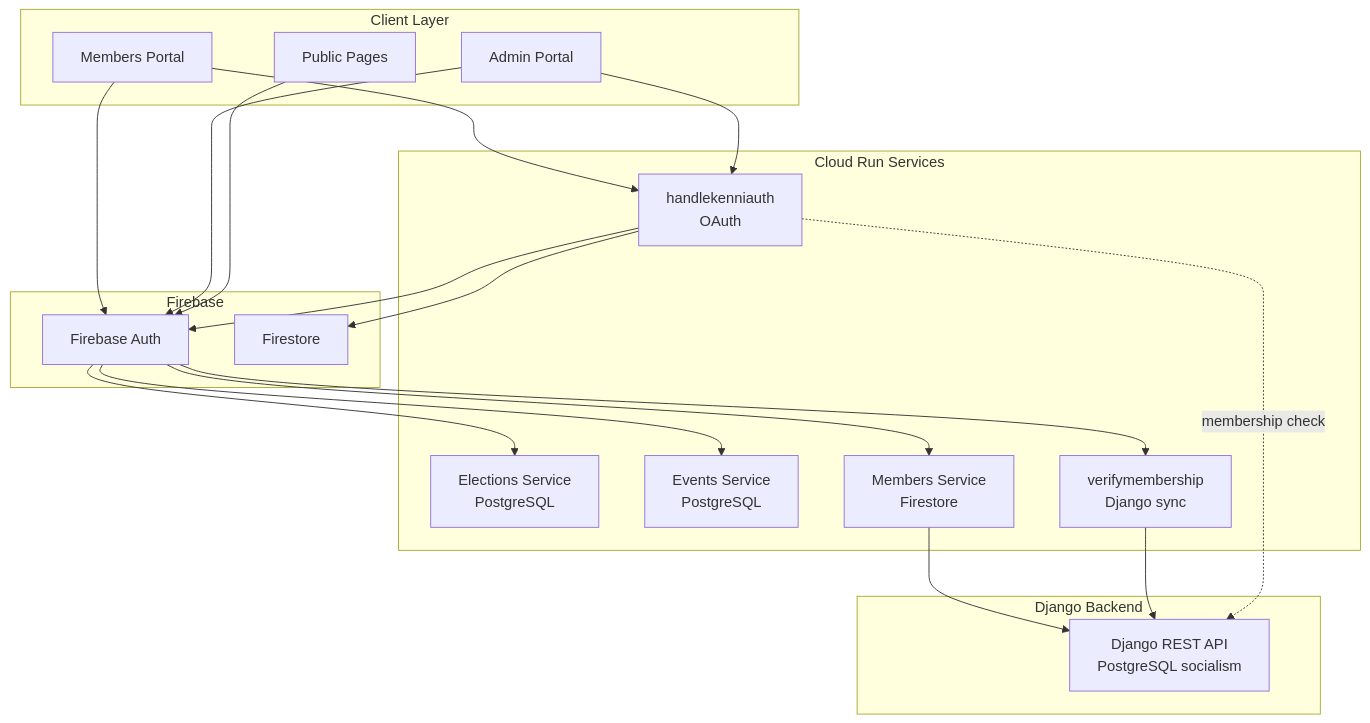
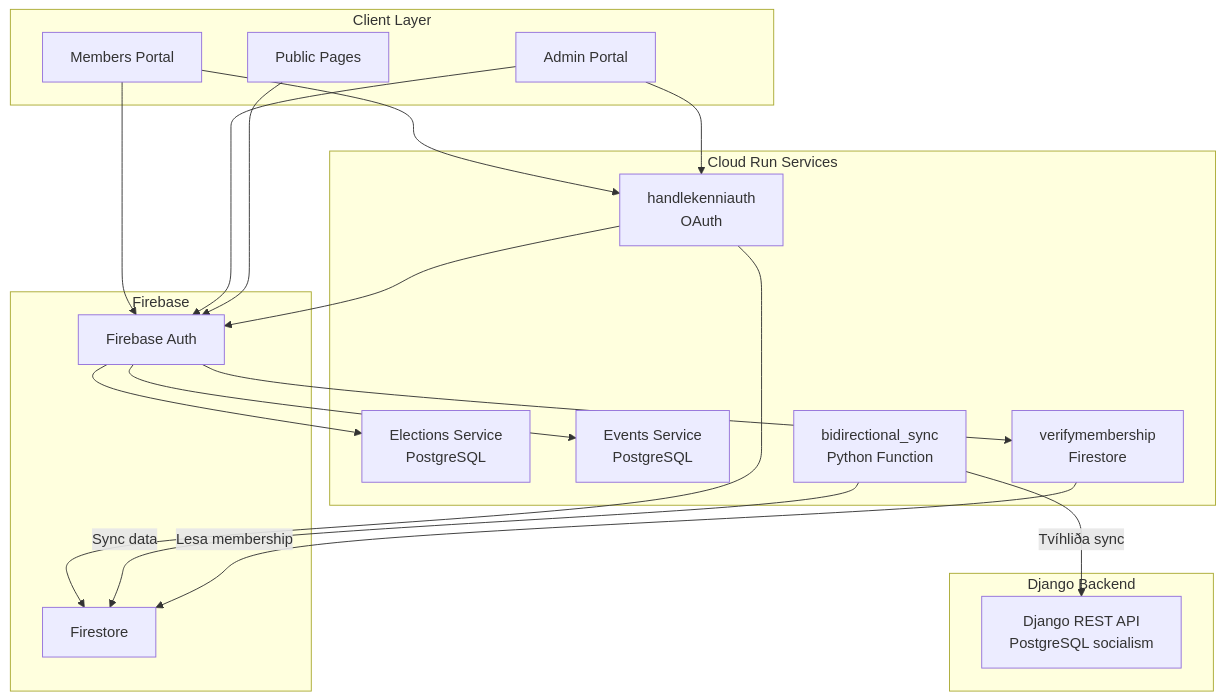
Before and after one commit to sosialistaflokkurinn/ekklesia: the first of 3 diagrams in docs/infrastructure/CLOUD_RUN_SERVICES.md, drawn with Mermaid. The commit also changed other lines of this file, not shown here.

First line of the commit message:
fix(docs): Correct Django API connection architecture - only bidirectional_sync

````diff
--- a/docs/infrastructure/CLOUD_RUN_SERVICES.md
+++ b/docs/infrastructure/CLOUD_RUN_SERVICES.md
@@ -44,40 +44,40 @@
 ```mermaid
 graph TB
     subgraph "Client Layer"
         MP[Members Portal]
         AP[Admin Portal]
         PP[Public Pages]
     end
 
     subgraph "Firebase"
         Auth[Firebase Auth]
         FS[Firestore]
     end
 
     subgraph "Cloud Run Services"
         Elections[Elections Service<br/>PostgreSQL]
         Events[Events Service<br/>PostgreSQL]
-        Members[Members Service<br/>Firestore]
+        Sync[bidirectional_sync<br/>Python Function]
         HandleAuth[handlekenniauth<br/>OAuth]
-        Verify[verifymembership<br/>Django sync]
+        Verify[verifymembership<br/>Firestore]
     end
 
     subgraph "Django Backend"
         Django[Django REST API<br/>PostgreSQL socialism]
     end
 
     MP --> Auth
     AP --> Auth
     PP --> Auth
     Auth --> Elections
     Auth --> Events
-    Auth --> Members
     Auth --> Verify
-    Members --> Django
-    Verify --> Django
     MP --> HandleAuth
     AP --> HandleAuth
     HandleAuth --> Auth
     HandleAuth --> FS
-    HandleAuth -.membership check.-> Django
+
+    Sync -->|Tvíhliða sync| Django
+    Sync -->|Sync data| FS
+    Verify -->|Lesa membership| FS
 ```
````
